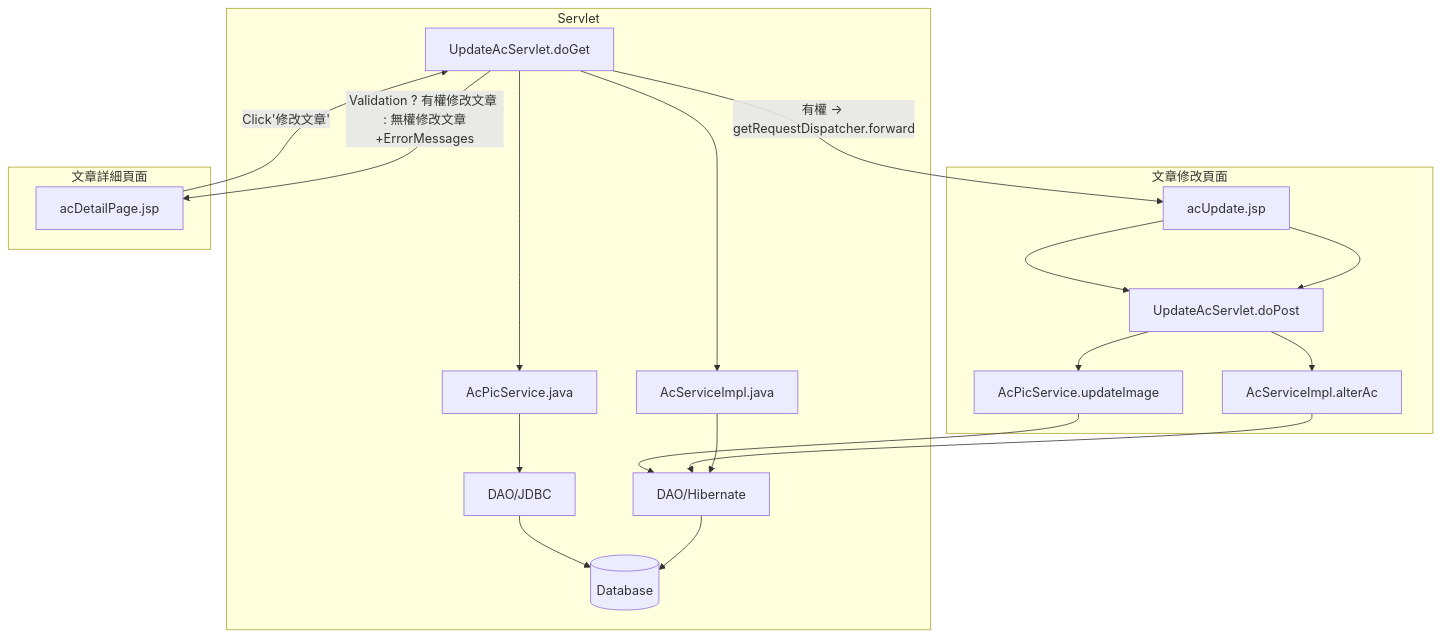
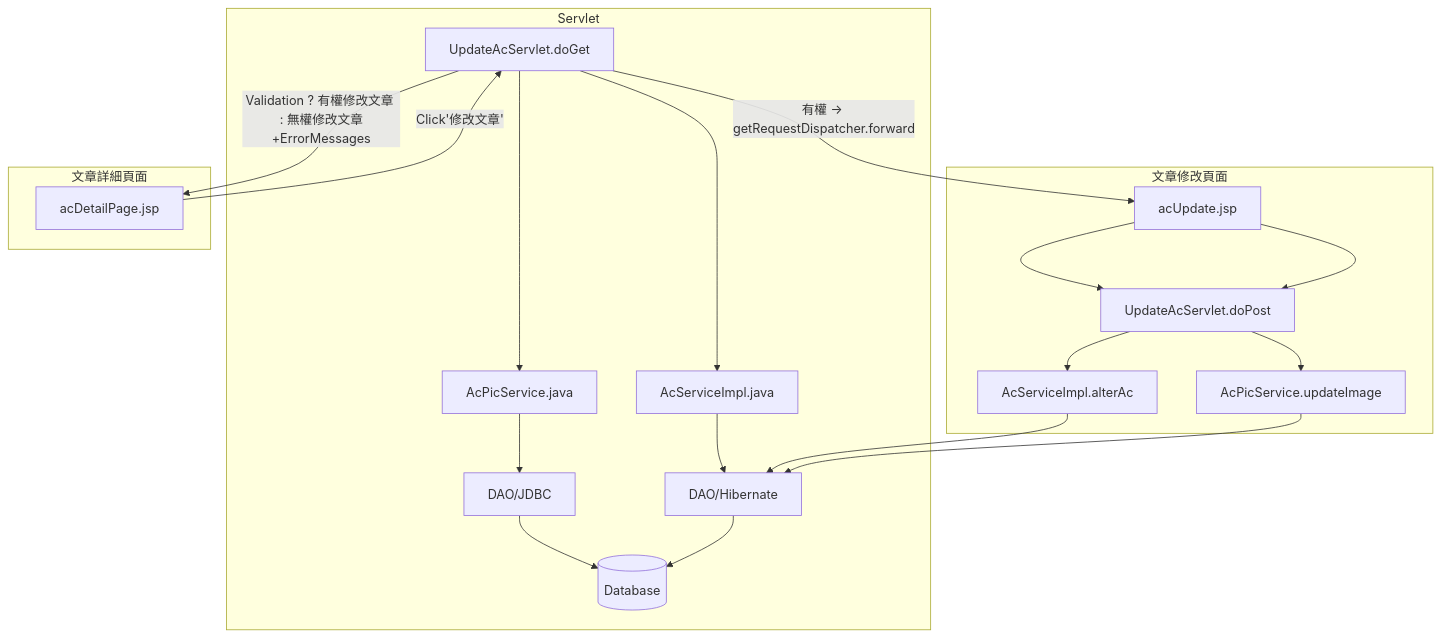
Before and after one commit to TLexYuW/CGA103G1OwnPart: diagram 12 of 12 in README.md, drawn with Mermaid. The commit also changed other lines of this file, not shown here.

````diff
--- a/README.md
+++ b/README.md
@@ -290,28 +305,29 @@
 ```mermaid
 graph TB
-	subgraph Servlet
-	UASG[UpdateAcServlet.doGet] --> ASI[AcServiceImpl.java] 
-	--> H[DAO/Hibernate] --> DB[(Database)]
-	end
 	
 	subgraph Servlet
 	UASG[UpdateAcServlet.doGet] --> APS[AcPicService.java] 
 	--> DAO[DAO/JDBC] --> DB[(Database)]
+	end
+	
+	subgraph Servlet
+	UASG[UpdateAcServlet.doGet] --> ASI[AcServiceImpl.java] 
+	--> H[DAO/Hibernate] --> DB[(Database)]
 	end
 
 	subgraph 文章修改頁面
 	acU[acUpdate.jsp] --> UASP[UpdateAcServlet.doPost] --> ASIalter[AcServiceImpl.alterAc] --> H
 	end
 	
 	subgraph 文章修改頁面
 	acU[acUpdate.jsp] --> UASP[UpdateAcServlet.doPost] --> APSupdate[AcPicService.updateImage] --> H
 	end
 	
 	subgraph 文章詳細頁面
 	acDP[acDetailPage.jsp]
 	end
 	
 	acDP -->|Click'修改文章'| UASG
 	UASG -->|Validation ? 有權修改文章 : 無權修改文章+ErrorMessages| acDP
 	UASG -->|有權 -> getRequestDispatcher.forward| acU
 ```
````
